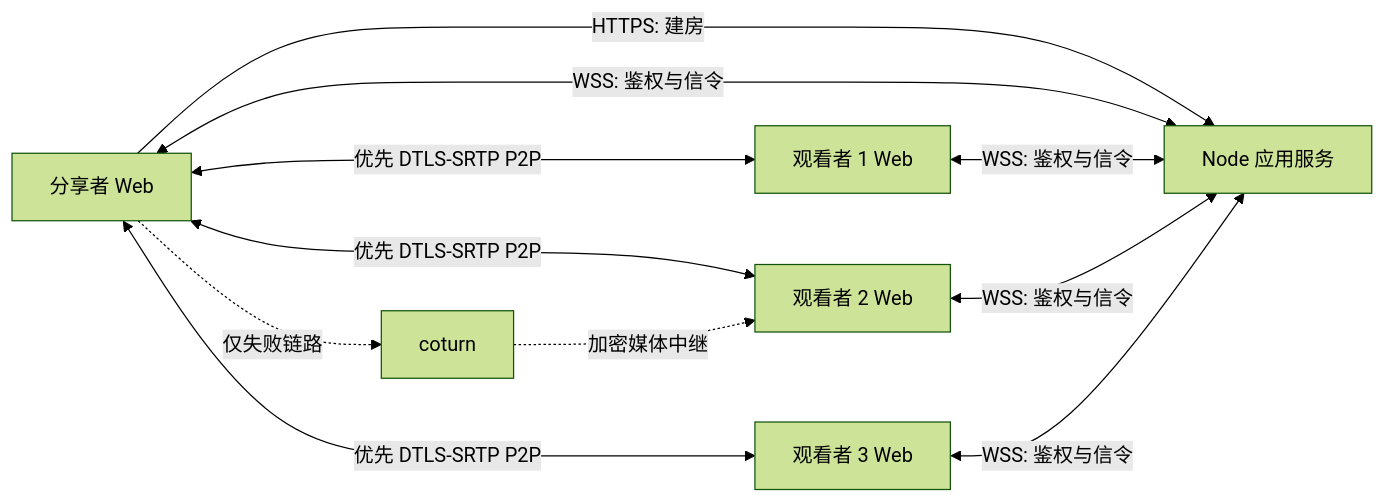
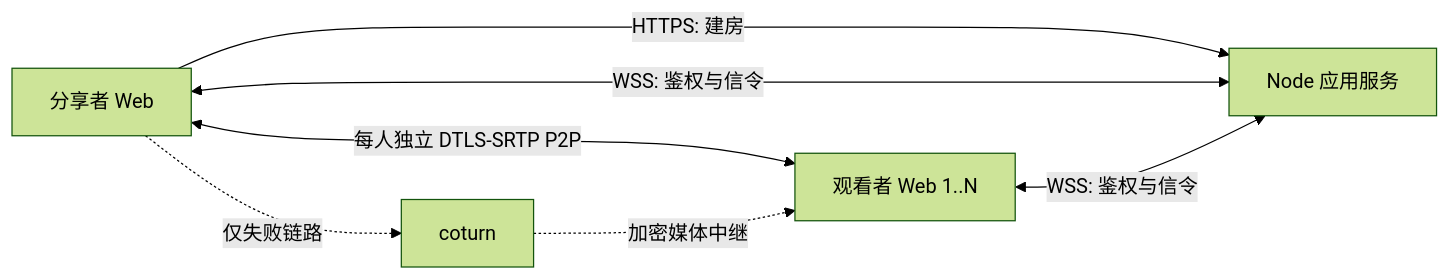
Before and after one commit to GH6324/Piik: the diagram in docs/方案设计.md, drawn with Mermaid (forest theme). The commit also changed other lines of this file and 30 other files, not shown here.

````diff
--- a/docs/方案设计.md
+++ b/docs/方案设计.md
@@ -40,13 +40,9 @@
 ```mermaid
 flowchart LR
     H[分享者 Web] -->|HTTPS: 建房| A[Node 应用服务]
     H <-->|WSS: 鉴权与信令| A
-    V1[观看者 1 Web] <-->|WSS: 鉴权与信令| A
-    V2[观看者 2 Web] <-->|WSS: 鉴权与信令| A
-    V3[观看者 3 Web] <-->|WSS: 鉴权与信令| A
-    H <-->|优先 DTLS-SRTP P2P| V1
-    H <-->|优先 DTLS-SRTP P2P| V2
-    H <-->|优先 DTLS-SRTP P2P| V3
+    V[观看者 Web 1..N] <-->|WSS: 鉴权与信令| A
+    H <-->|每人独立 DTLS-SRTP P2P| V
     H -.仅失败链路.-> T[coturn]
-    T -.加密媒体中继.-> V2
+    T -.加密媒体中继.-> V
 ```
````
